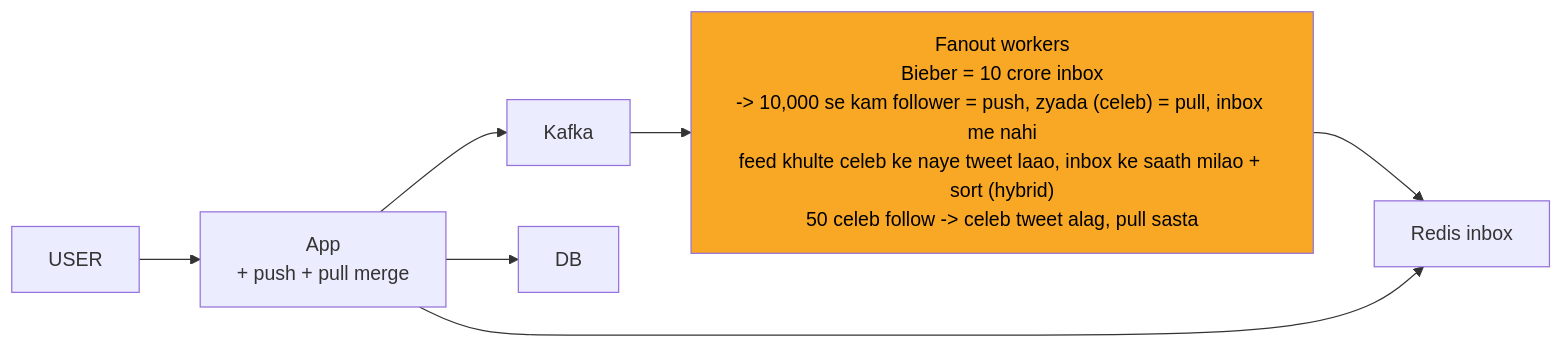
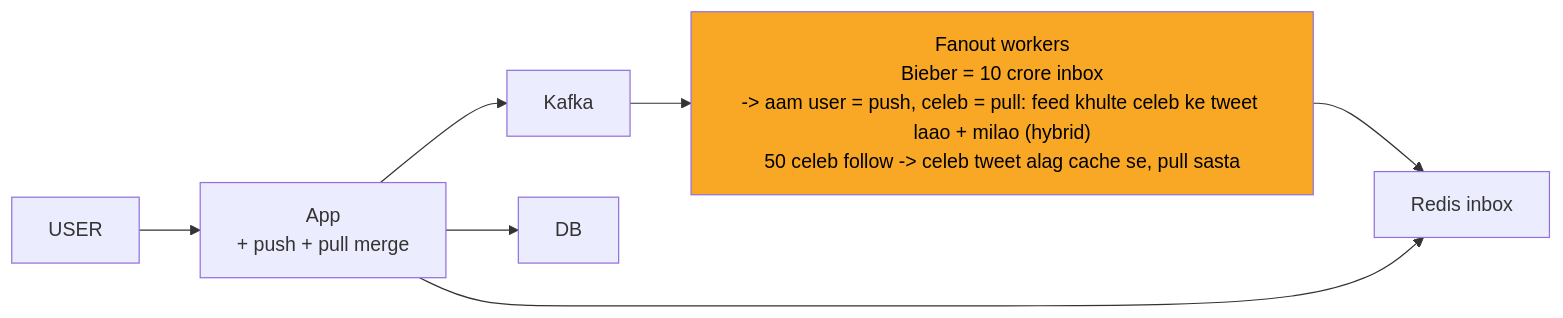
Before and after one commit to ArpanMaheshwari144/Prep: the diagram in 04_HLD/SYSTEM_DESIGNS/03_twitter_feed/img/c3.mmd, drawn with Mermaid. The commit also changed 42 other files, not shown here.

```diff
--- a/04_HLD/SYSTEM_DESIGNS/03_twitter_feed/img/c3.mmd
+++ b/04_HLD/SYSTEM_DESIGNS/03_twitter_feed/img/c3.mmd
@@ -1,15 +1,15 @@
 %%{init: {"flowchart": {"wrappingWidth": 450}}}%%
 flowchart LR
     n_USER["USER"]
     n_App["App<br/>+ push + pull merge"]
     n_Kafka["Kafka"]
-    n_Fanout_workers["Fanout workers<br/>Bieber = 10 crore inbox<br/>-> 10,000 se kam follower = push, zyada (celeb) = pull, inbox me nahi<br/>feed khulte celeb ke naye tweet laao, inbox ke saath milao + sort (hybrid)<br/>50 celeb follow -> celeb tweet alag, pull sasta"]
+    n_Fanout_workers["Fanout workers<br/>Bieber = 10 crore inbox<br/>-> aam user = push, celeb = pull: feed khulte celeb ke tweet laao + milao (hybrid)<br/>50 celeb follow -> celeb tweet alag cache se, pull sasta"]
     n_Redis_inbox["Redis inbox"]
     n_DB["DB"]
     n_USER --> n_App
     n_App --> n_Kafka
     n_App --> n_DB
     n_Kafka --> n_Fanout_workers
     n_Fanout_workers --> n_Redis_inbox
     n_App --> n_Redis_inbox
     style n_Fanout_workers fill:#f9a825,color:#000
```
